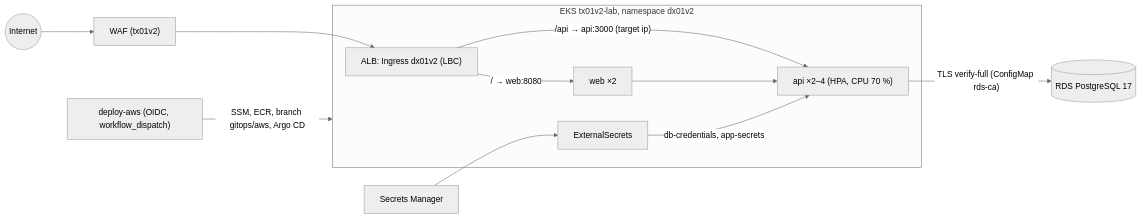
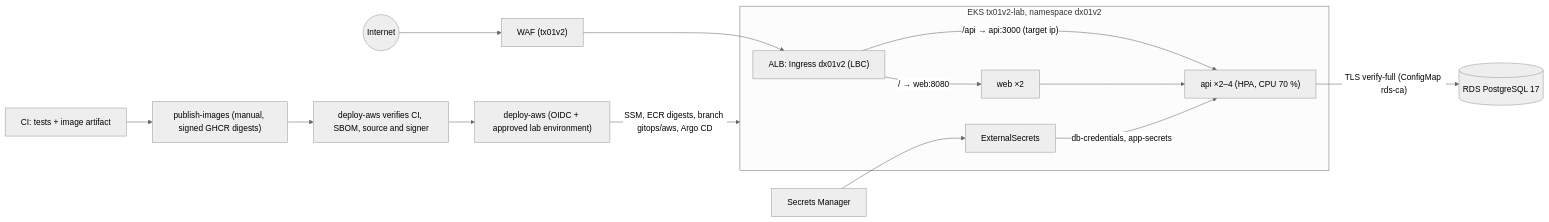
The third of 3 diagrams in docs/ARQUITETURA.md (maringelix/dx01v2), drawn with Mermaid (neutral theme) before and after one commit. The commit also changed other lines of this file and 48 other files, not shown here.

First line of the commit message:
R7: DevSecOps gates and digest release flow for dx01v2 (#17)

````diff
--- a/docs/ARQUITETURA.md
+++ b/docs/ARQUITETURA.md
@@ -60,13 +60,16 @@
 ```mermaid
 flowchart LR
   internet((Internet)) --> waf["WAF (tx01v2)"] --> alb["ALB: Ingress dx01v2 (LBC)"]
   subgraph eks["EKS tx01v2-lab, namespace dx01v2"]
     alb -->|"/api → api:3000 (target ip)"| api["api ×2–4 (HPA, CPU 70 %)"]
     alb -->|"/ → web:8080"| web["web ×2"]
     web --> api
     eso["ExternalSecrets"] -->|"db-credentials, app-secrets"| api
   end
   api -->|"TLS verify-full (ConfigMap rds-ca)"| rds[("RDS PostgreSQL 17")]
   sm["Secrets Manager"] --> eso
-  gha["deploy-aws (OIDC, workflow_dispatch)"] -->|"SSM, ECR, branch gitops/aws, Argo CD"| eks
+  ci["CI: tests + image artifact"] --> pub["publish-images (manual, signed GHCR digests)"]
+  pub --> verify["deploy-aws verifies CI, SBOM, source and signer"]
+  verify --> gha["deploy-aws (OIDC + approved lab environment)"]
+  gha -->|"SSM, ECR digests, branch gitops/aws, Argo CD"| eks
 ```
````
